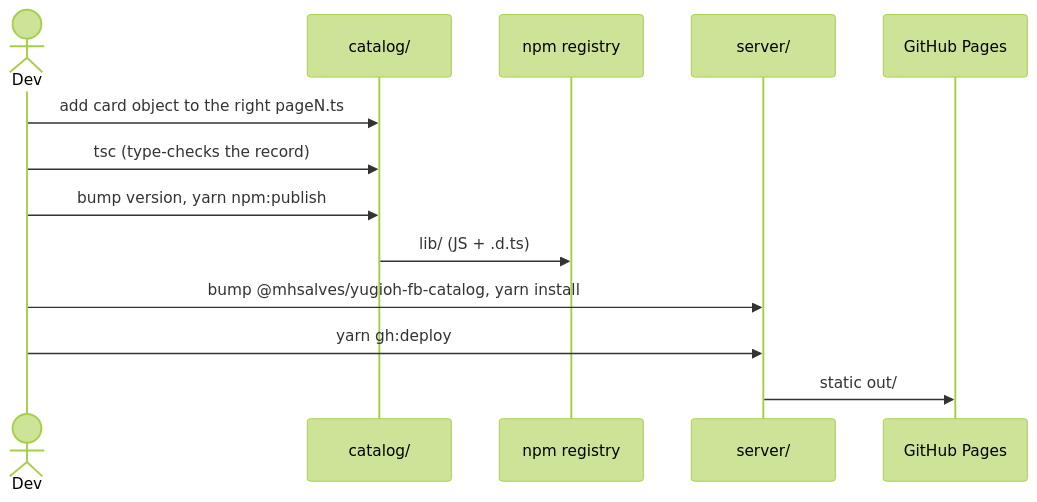
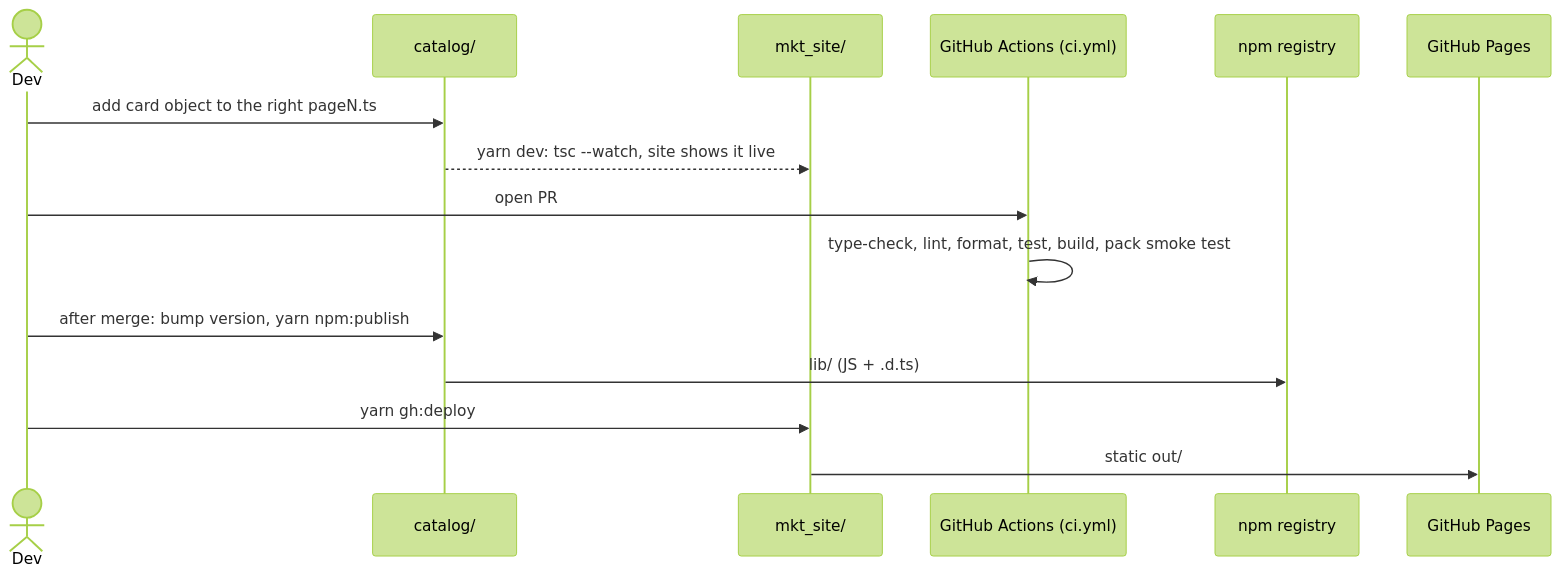
The third of 3 diagrams in docs/ARCHITECTURE.md (mhsalves/yugioh-fb-catalog), drawn with Mermaid (forest theme) before and after one commit. The commit also changed other lines of this file and 7 other files, not shown here.

````diff
--- a/docs/ARCHITECTURE.md
+++ b/docs/ARCHITECTURE.md
@@ -219,15 +230,17 @@
 ```mermaid
 sequenceDiagram
     actor Dev
     participant Cat as catalog/
+    participant Site as mkt_site/
+    participant CI as GitHub Actions (ci.yml)
     participant NPM as npm registry
-    participant Srv as server/
     participant GH as GitHub Pages
     Dev->>Cat: add card object to the right pageN.ts
-    Dev->>Cat: tsc (type-checks the record)
-    Dev->>Cat: bump version, yarn npm:publish
+    Cat-->>Site: yarn dev: tsc --watch, site shows it live
+    Dev->>CI: open PR
+    CI->>CI: type-check, lint, format, test, build, pack smoke test
+    Dev->>Cat: after merge: bump version, yarn npm:publish
     Cat->>NPM: lib/ (JS + .d.ts)
-    Dev->>Srv: bump @mhsalves/yugioh-fb-catalog, yarn install
-    Dev->>Srv: yarn gh:deploy
-    Srv->>GH: static out/
+    Dev->>Site: yarn gh:deploy
+    Site->>GH: static out/
 ```
````
